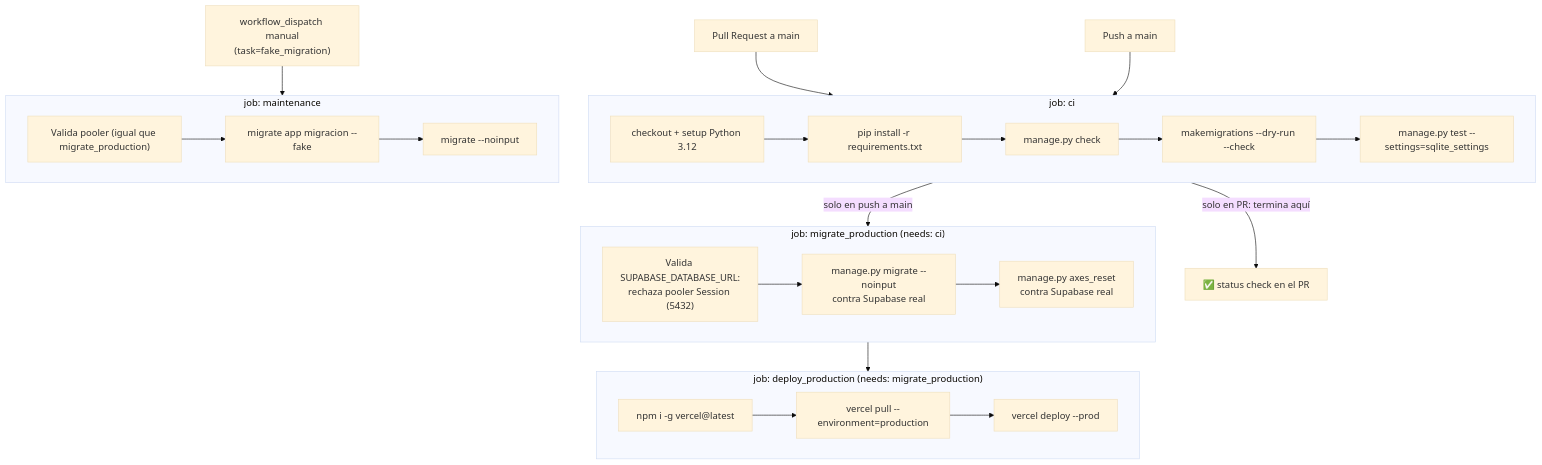
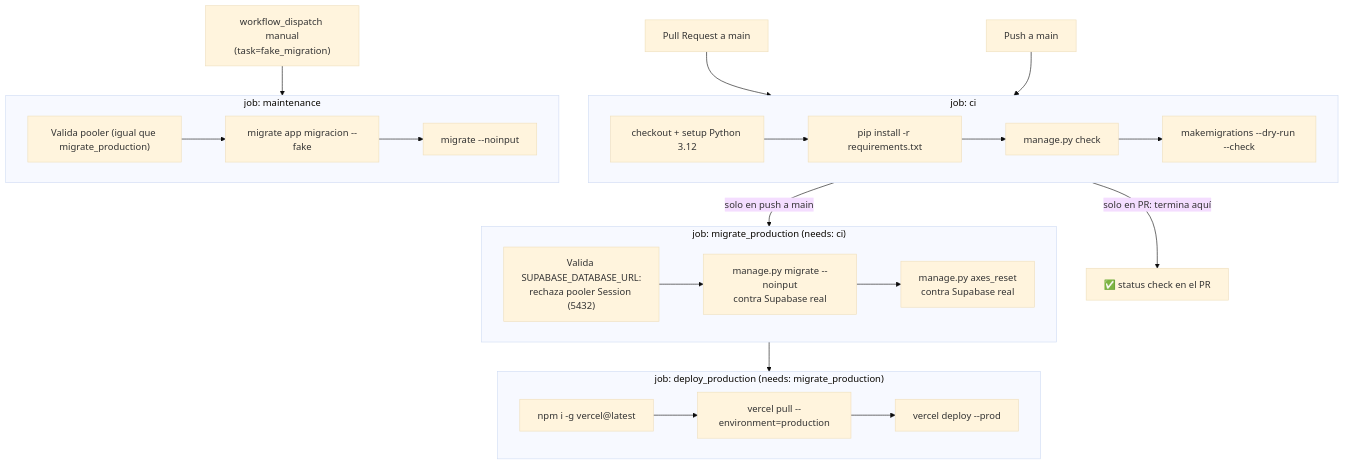
One commit to DISTinTheHouse/nucleo-erp changed the diagram in DOCS/arquitectura/pipeline-despliegue-backend.md. Above: the diagram before and after it, drawn with Mermaid (base theme). The commit also changed other lines of this file and 11 other files, not shown here.

First line of the commit message:
Docs: pruebas contra producción (solo lectura o con rollback), sin SQLite ni manage.py test

````diff
--- a/DOCS/arquitectura/pipeline-despliegue-backend.md
+++ b/DOCS/arquitectura/pipeline-despliegue-backend.md
@@ -7,42 +7,41 @@
 ```mermaid
 flowchart TD
     PR["Pull Request a main"] --> CI
     PUSH["Push a main"] --> CI
 
     subgraph CI["job: ci"]
         C1["checkout + setup Python 3.12"]
         C2["pip install -r requirements.txt"]
         C3["manage.py check"]
         C4["makemigrations --dry-run --check"]
-        C5["manage.py test --settings=sqlite_settings"]
-        C1 --> C2 --> C3 --> C4 --> C5
+        C1 --> C2 --> C3 --> C4
     end
 
     CI -->|solo en PR: termina aquí| DONE_PR["✅ status check en el PR"]
     CI -->|solo en push a main| MIG
 
     subgraph MIG["job: migrate_production (needs: ci)"]
         M1["Valida SUPABASE_DATABASE_URL:\nrechaza pooler Session (5432)"]
         M2["manage.py migrate --noinput\ncontra Supabase real"]
         M3["manage.py axes_reset\ncontra Supabase real"]
         M1 --> M2 --> M3
     end
 
     MIG --> DEP
 
     subgraph DEP["job: deploy_production (needs: migrate_production)"]
         D1["npm i -g vercel@latest"]
         D2["vercel pull --environment=production"]
         D3["vercel deploy --prod"]
         D1 --> D2 --> D3
     end
 
     WD["workflow_dispatch manual\n(task=fake_migration)"] --> MAINT
 
     subgraph MAINT["job: maintenance"]
         MA1["Valida pooler (igual que migrate_production)"]
         MA2["migrate app migracion --fake"]
         MA3["migrate --noinput"]
         MA1 --> MA2 --> MA3
     end
 ```
````
